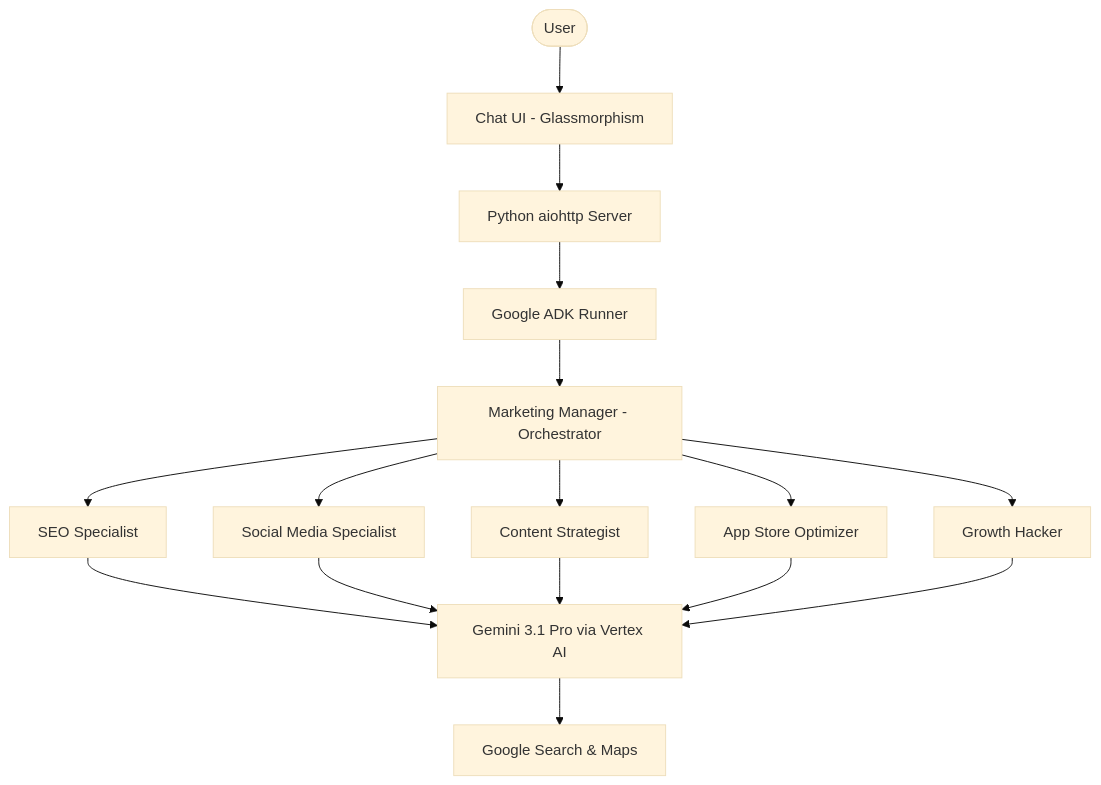
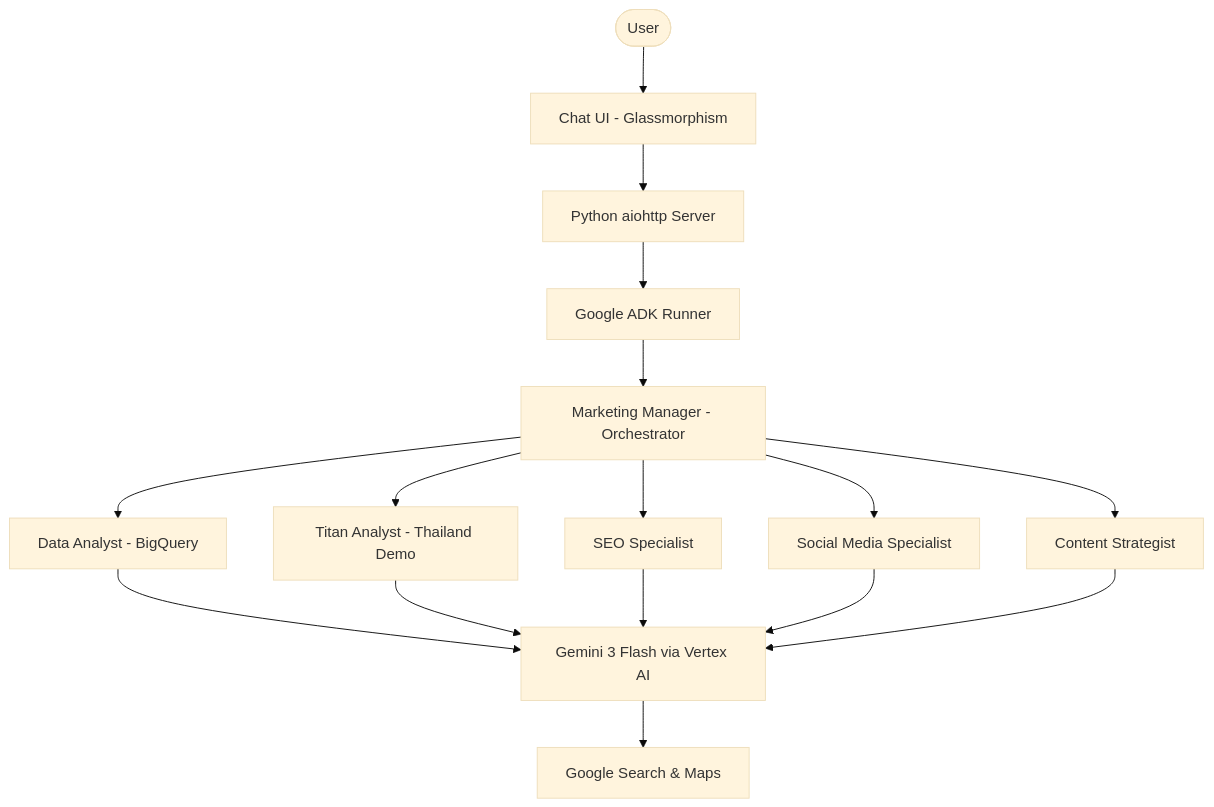
Before and after one commit to emailandy/MarketingADKagent: the diagram in README.md, drawn with Mermaid (base theme). The commit also changed other lines of this file, not shown here.

````diff
--- a/README.md
+++ b/README.md
@@ -22,14 +24,14 @@
 ```mermaid
 graph TD
     User([User]) --> UI[Chat UI - Glassmorphism]
     UI --> Server[Python aiohttp Server]
     Server --> ADK[Google ADK Runner]
     ADK --> Manager[Marketing Manager - Orchestrator]
+    Manager --> Data[Data Analyst - BigQuery]
+    Manager --> Titan[Titan Analyst - Thailand Demo]
     Manager --> SEO[SEO Specialist]
     Manager --> Social[Social Media Specialist]
     Manager --> Content[Content Strategist]
-    Manager --> ASO[App Store Optimizer]
-    Manager --> Growth[Growth Hacker]
-    SEO & Social & Content & ASO & Growth --> Vertex[Gemini 3.1 Pro via Vertex AI]
+    Data & Titan & SEO & Social & Content --> Vertex[Gemini 3 Flash via Vertex AI]
     Vertex --> Grounding[Google Search & Maps]
 ```
````
